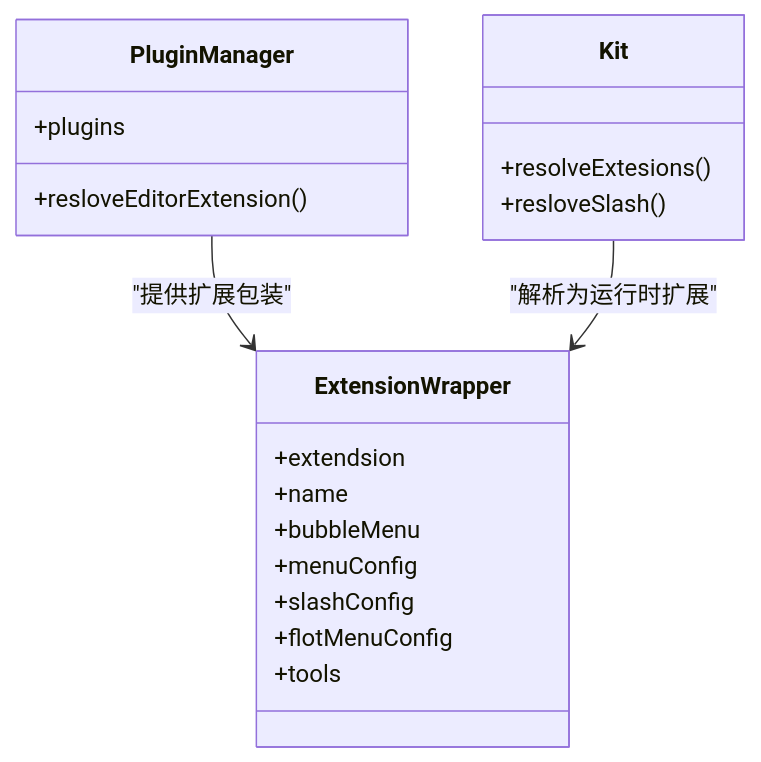
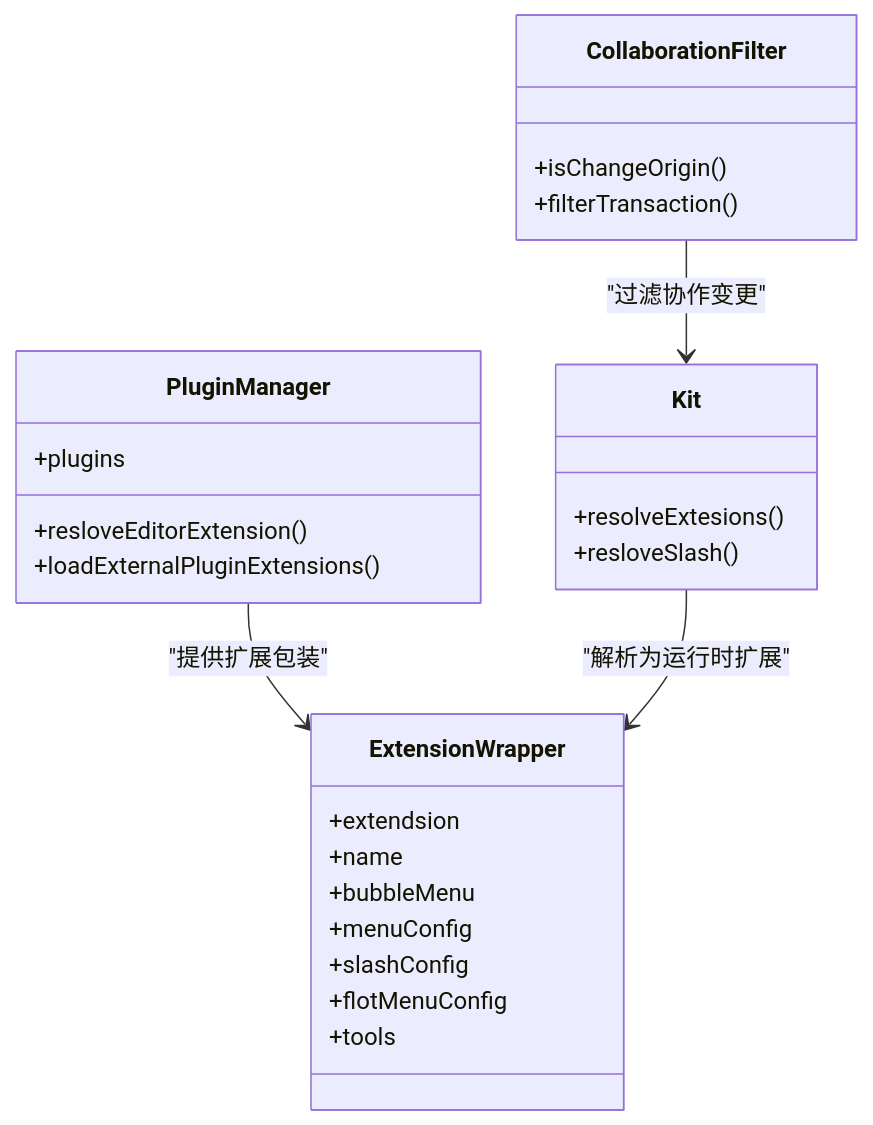
Before and after one commit to LRF0422/Kotion: the fourth of 13 diagrams in .qoder/repowiki/zh/content/功能模块/知识库管理/页面编辑.md, drawn with Mermaid. The commit also changed other lines of this file and 75 other files, not shown here.

````diff
--- a/.qoder/repowiki/zh/content/功能模块/知识库管理/页面编辑.md
+++ b/.qoder/repowiki/zh/content/功能模块/知识库管理/页面编辑.md
@@ -195,22 +291,28 @@
 ```mermaid
 classDiagram
 class ExtensionWrapper {
 +extendsion
 +name
 +bubbleMenu
 +menuConfig
 +slashConfig
 +flotMenuConfig
 +tools
 }
 class PluginManager {
 +plugins
 +resloveEditorExtension()
++loadExternalPluginExtensions()
 }
 class Kit {
 +resolveExtesions()
 +resloveSlash()
 }
+class CollaborationFilter {
++isChangeOrigin()
++filterTransaction()
+}
 PluginManager --> ExtensionWrapper : "提供扩展包装"
 Kit --> ExtensionWrapper : "解析为运行时扩展"
+CollaborationFilter --> Kit : "过滤协作变更"
 ```
````
